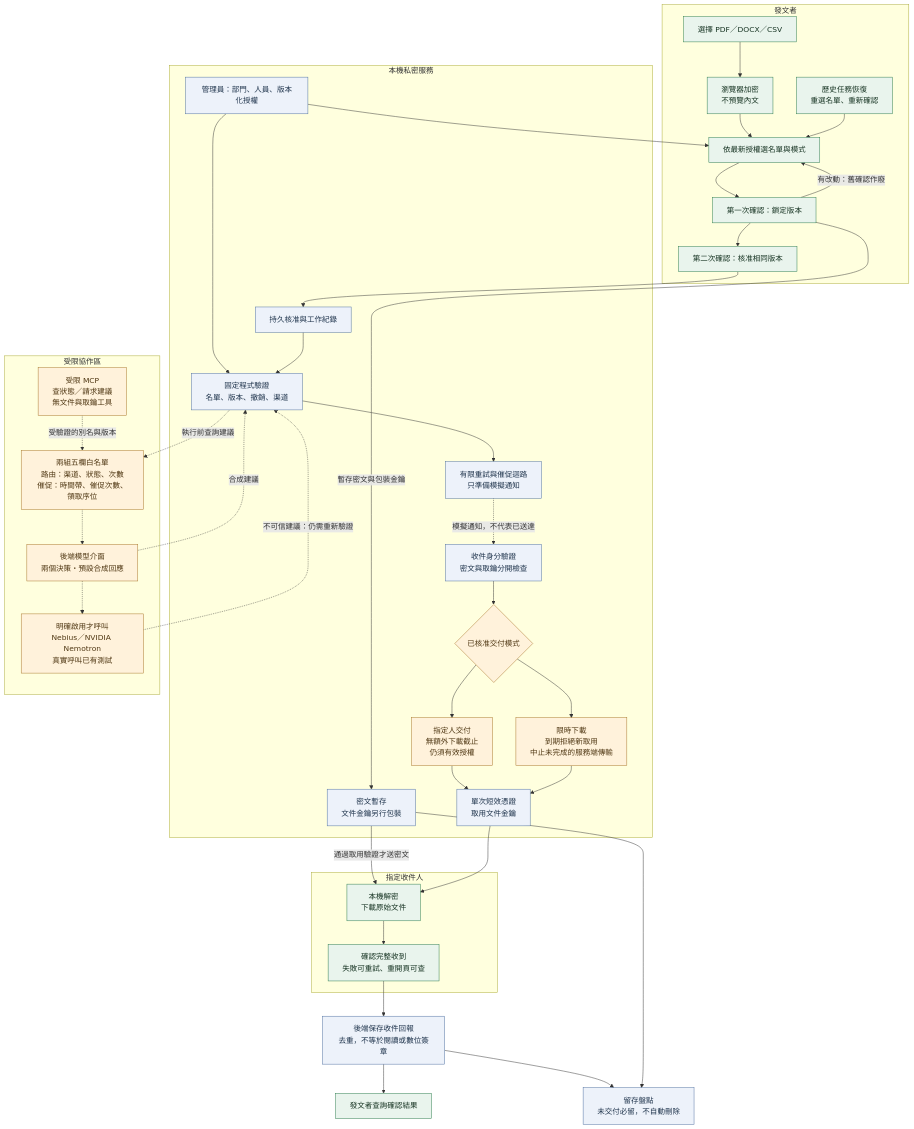
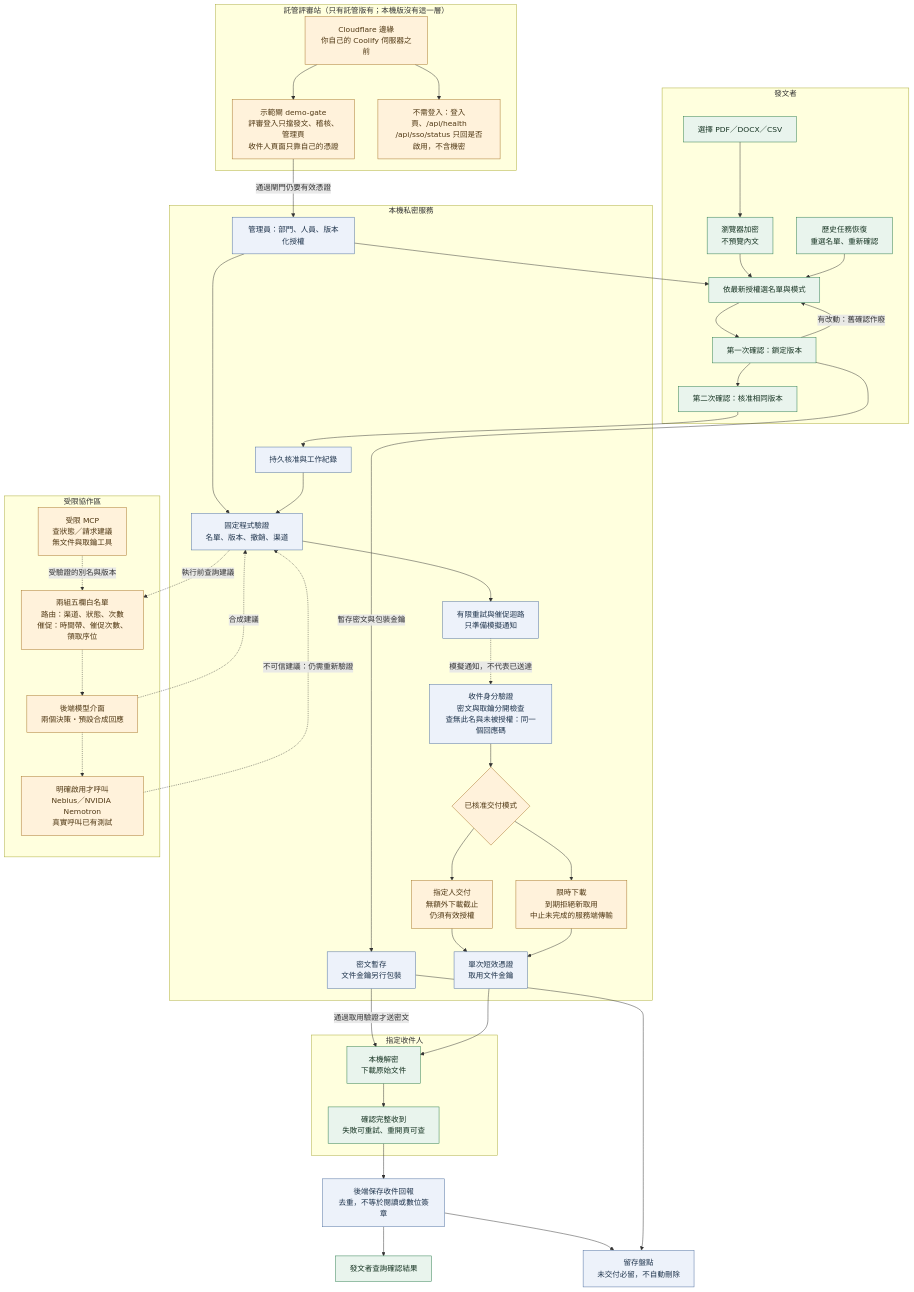
One commit to jiarong0423/zero-trust-edge-enclave changed the first of 2 diagrams in docs/agent/approved-delivery-architecture.md. Above: the diagram before and after it, drawn with Mermaid. The commit also changed other lines of this file and 4 other files, not shown here.

Commit message:
Architecture: the delivery diagram shows the hosted judging layer (Cloudflare edge, demo gate, open paths) and the single answer code; English diagram added; trust-boundary image names the edge and the gate; README shows the diagram on the first screen

````diff
--- a/docs/agent/approved-delivery-architecture.md
+++ b/docs/agent/approved-delivery-architecture.md
@@ -9,63 +9,72 @@
 ```mermaid
 flowchart TB
+  subgraph Hosted["託管評審站（只有託管版有；本機版沒有這一層）"]
+    Edge["Cloudflare 邊緣<br/>你自己的 Coolify 伺服器之前"]
+    DemoGate["示範閘 demo-gate<br/>評審登入只擋發文、稽核、管理頁<br/>收件人頁面只靠自己的憑證"]
+    OpenPaths["不需登入：登入頁、/api/health<br/>/api/sso/status 只回是否啟用，不含機密"]
+    Edge --> DemoGate
+    Edge --> OpenPaths
+  end
+  DemoGate -->|"通過閘門仍要有效憑證"| Registry
   subgraph Human["發文者"]
     File["選擇 PDF／DOCX／CSV"]
     Seal["瀏覽器加密<br/>不預覽內文"]
     List["依最新授權選名單與模式"]
     First["第一次確認：鎖定版本"]
     Second["第二次確認：核准相同版本"]
     File --> Seal --> List --> First --> Second
     First -->|"有改動：舊確認作廢"| List
     History["歷史任務恢復<br/>重選名單、重新確認"] --> List
   end
   subgraph Local["本機私密服務"]
     Registry["管理員：部門、人員、版本化授權"]
     Store["密文暫存<br/>文件金鑰另行包裝"]
     Commit["持久核准與工作紀錄"]
     Gate["固定程式驗證<br/>名單、版本、撤銷、渠道"]
     Worker["有限重試與催促迴路<br/>只準備模擬通知"]
-    Access["收件身分驗證<br/>密文與取鑰分開檢查"]
+    Access["收件身分驗證<br/>密文與取鑰分開檢查<br/>查無此名與未被授權：同一個回應碼"]
     Mode{"已核准交付模式"}
     Required["指定人交付<br/>無額外下載截止<br/>仍須有效授權"]
     Timed["限時下載<br/>到期拒絕新取用<br/>中止未完成的服務端傳輸"]
     Key["單次短效憑證<br/>取用文件金鑰"]
     Registry --> Gate
     Commit --> Gate --> Worker
     Access --> Mode
     Mode --> Required --> Key
     Mode --> Timed --> Key
   end
   subgraph AI["受限協作區"]
     Codes["兩組五欄白名單<br/>路由：渠道、狀態、次數<br/>催促：時間帶、催促次數、領取序位"]
     Adviser["後端模型介面<br/>兩個決策・預設合成回應"]
     Cloud["明確啟用才呼叫<br/>Nebius／NVIDIA Nemotron<br/>真實呼叫已有測試"]
     MCP["受限 MCP<br/>查狀態／請求建議<br/>無文件與取鑰工具"]
     Codes -.-> Adviser
     Adviser -.-> Cloud
     MCP -. "受驗證的別名與版本" .-> Codes
   end
   subgraph Recipient["指定收件人"]
     Download["本機解密<br/>下載原始文件"]
     Receipt["確認完整收到<br/>失敗可重試、重開頁可查"]
     Download --> Receipt
   end
   First -->|"暫存密文與包裝金鑰"| Store
   Second --> Commit
   Registry --> List
   Gate -. "執行前查詢建議" .-> Codes
   Adviser -. "合成建議" .-> Gate
   Cloud -. "不可信建議：仍需重新驗證" .-> Gate
   Worker -. "模擬通知，不代表已送達" .-> Access
   Store -->|"通過取用驗證才送密文"| Download
   Key --> Download
   Receipt --> Saved["後端保存收件回報<br/>去重，不等於閱讀或數位簽章"]
   Saved --> SenderStatus["發文者查詢確認結果"]
   Saved --> Retention["留存盤點<br/>未交付必留，不自動刪除"]
   Store --> Retention
   classDef person fill:#e9f4ed,stroke:#28794a,color:#183524
   classDef secure fill:#edf2fa,stroke:#4b6d9e,color:#20354d
   classDef limit fill:#fff2db,stroke:#a77327,color:#503814
   class File,Seal,List,First,Second,History,Download,Receipt,SenderStatus person
+  class Edge,DemoGate,OpenPaths limit
   class Registry,Store,Commit,Gate,Worker,Access,Key,Saved,Retention secure
   class Mode,Required,Timed,Codes,Adviser,Cloud,MCP limit
 ```
````
